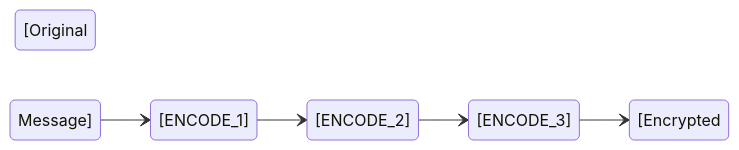
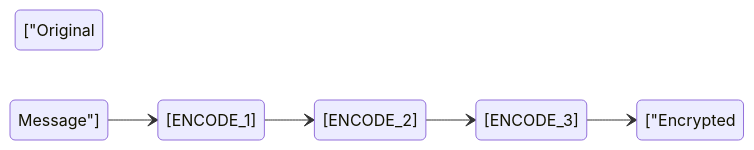
The first of 2 diagrams in GroupWork_02/G5/README.md (tudorcoroian17/ALP), drawn with Mermaid before and after one commit. The commit also changed other lines of this file, not shown here.

````diff
--- a/GroupWork_02/G5/README.md
+++ b/GroupWork_02/G5/README.md
@@ -18,8 +27,8 @@
 ```mermaid
 stateDiagram
     direction LR
-    [Original Message] --> [ENCODE_1]
+    ["Original Message"] --> [ENCODE_1]
     [ENCODE_1] --> [ENCODE_2]
     [ENCODE_2] --> [ENCODE_3]
-    [ENCODE_3] --> [Encrypted Message]
+    [ENCODE_3] --> ["Encrypted Message"]
 ```
````
